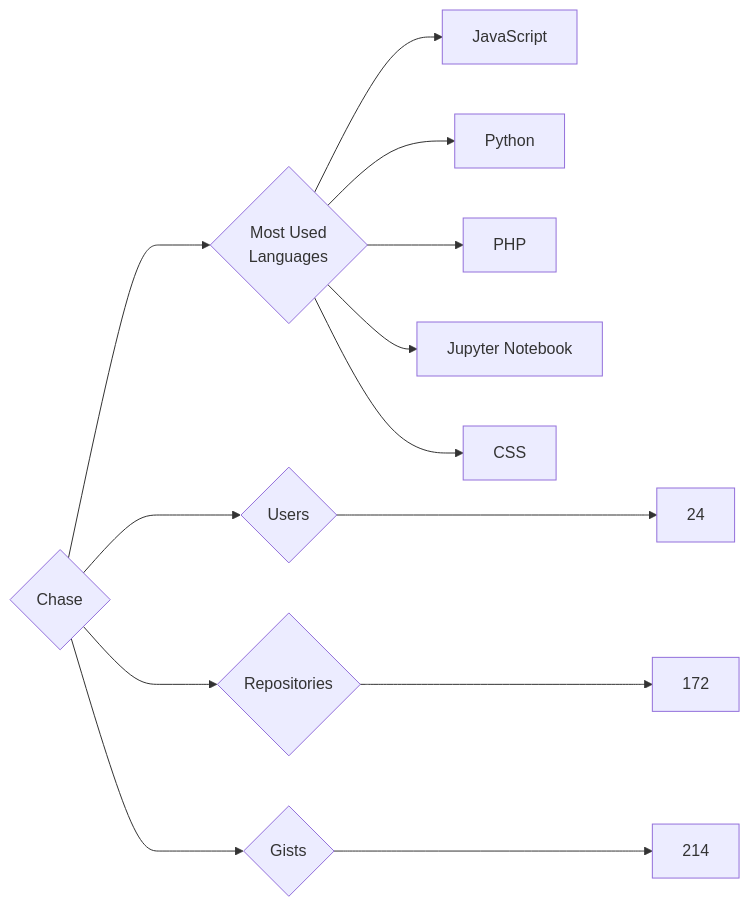
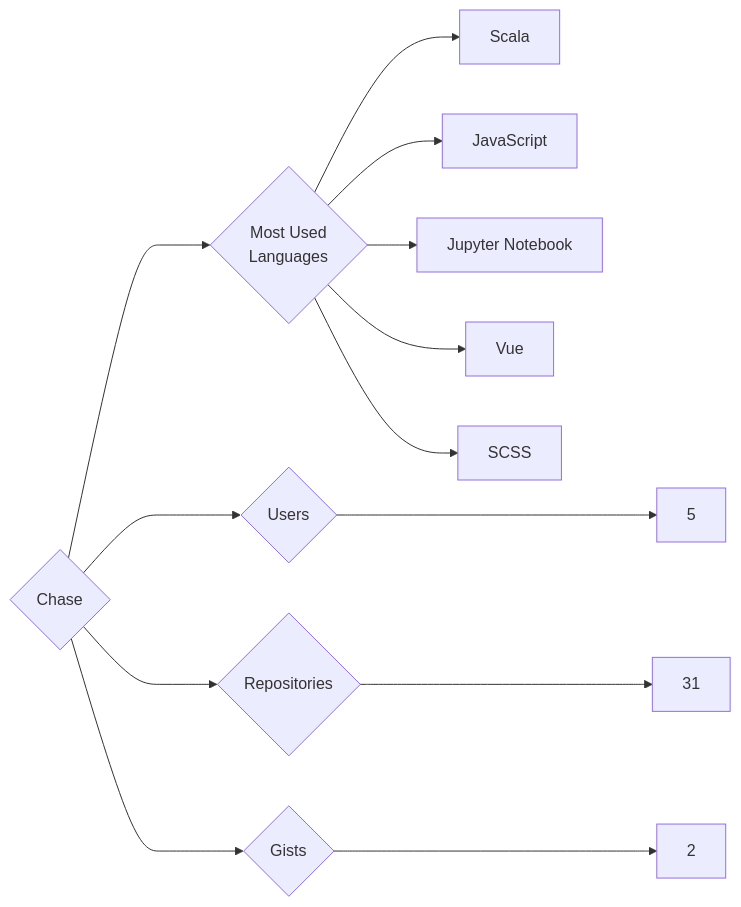
One commit to trickest/insiders changed the diagram in targets/Chase/README.md. Above: the diagram before and after it, drawn with Mermaid. The commit also changed 757 other files, not shown here.

````diff
--- a/targets/Chase/README.md
+++ b/targets/Chase/README.md
@@ -3,13 +3,13 @@
 ```mermaid
 graph LR
 COMPANY_NAME{Chase}
-COMPANY_NAME ---> U{Users} ---> UN[24]
-COMPANY_NAME ---> R{Repositories} ---> RN[172]
-COMPANY_NAME ---> G{Gists} ---> GN[214]
+COMPANY_NAME ---> U{Users} ---> UN[5]
+COMPANY_NAME ---> R{Repositories} ---> RN[31]
+COMPANY_NAME ---> G{Gists} ---> GN[2]
 COMPANY_NAME ---> ML{Most Used<br>Languages}
+ML --> Scala[Scala]
 ML --> JavaScript[JavaScript]
-ML --> Python[Python]
-ML --> PHP[PHP]
 ML --> Jupyter_Notebook[Jupyter Notebook]
-ML --> CSS[CSS]
+ML --> Vue[Vue]
+ML --> SCSS[SCSS]
 ```
````
